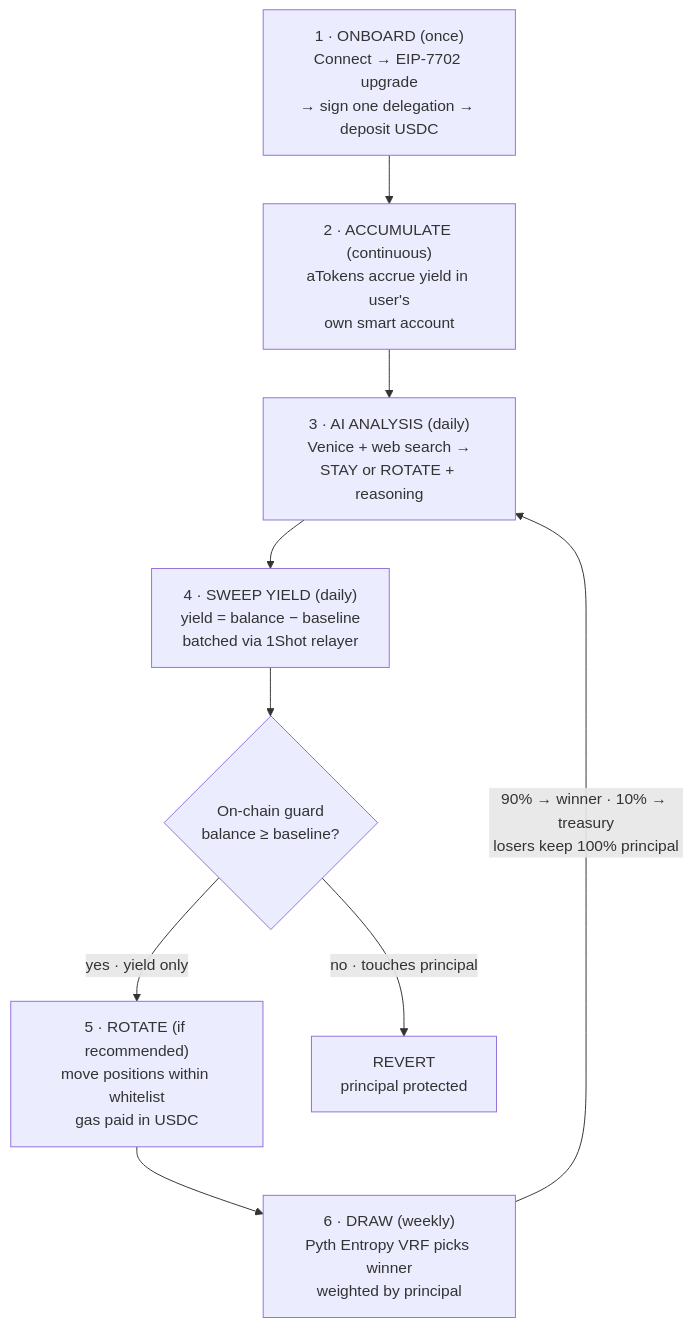
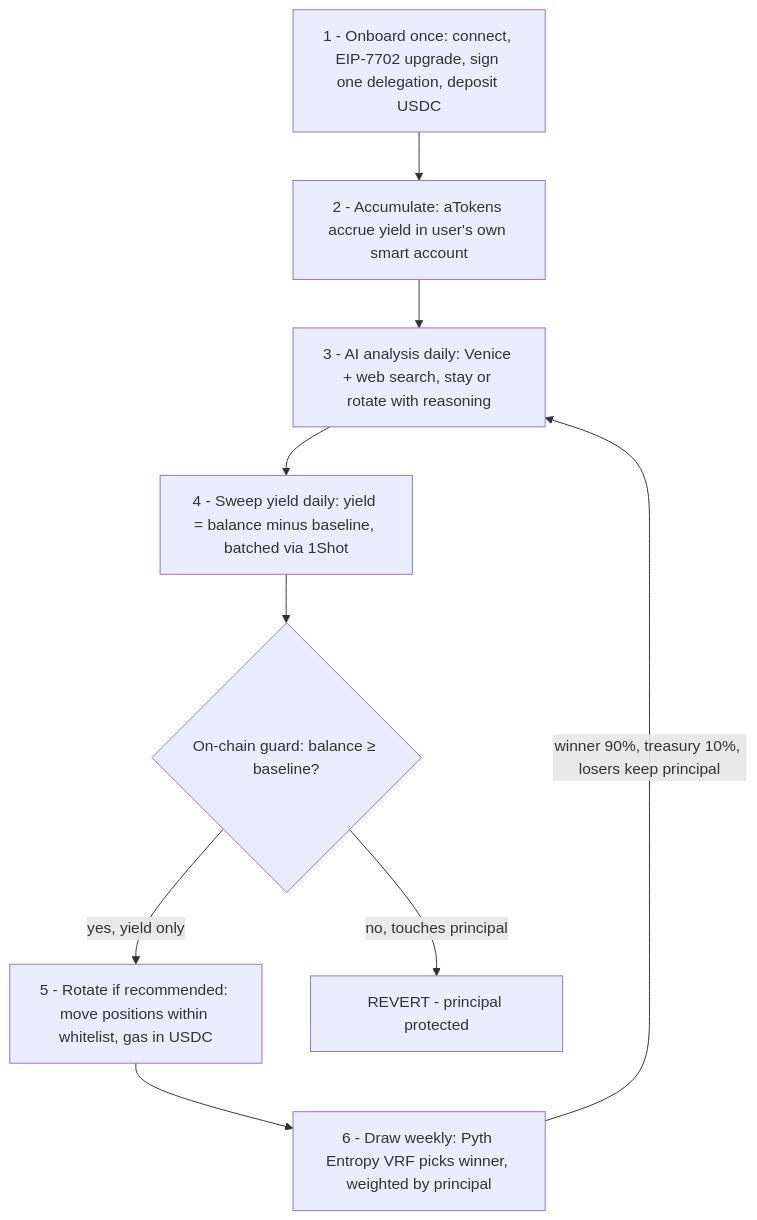
One commit to ClovaRepo/frontend changed the second of 2 diagrams in docs/overview.md. Above: the diagram before and after it, drawn with Mermaid. The commit also changed other lines of this file and 8 other files, not shown here.

First line of the commit message:
docs: harden mermaid for GitBook renderer

````diff
--- a/docs/overview.md
+++ b/docs/overview.md
@@ -168,17 +160,16 @@
 ```mermaid
 flowchart TD
-  O["1 · ONBOARD (once)<br/>Connect → EIP-7702 upgrade<br/>→ sign one delegation → deposit USDC"]
-  AC["2 · ACCUMULATE (continuous)<br/>aTokens accrue yield in user's<br/>own smart account"]
-  AI["3 · AI ANALYSIS (daily)<br/>Venice + web search →<br/>STAY or ROTATE + reasoning"]
-  SW["4 · SWEEP YIELD (daily)<br/>yield = balance − baseline<br/>batched via 1Shot relayer"]
-  RO["5 · ROTATE (if recommended)<br/>move positions within whitelist<br/>gas paid in USDC"]
-  DR["6 · DRAW (weekly)<br/>Pyth Entropy VRF picks winner<br/>weighted by principal"]
-  GUARD{"On-chain guard<br/>balance ≥ baseline?"}
-
-  O --> AC --> AI --> SW
-  SW --> GUARD
-  GUARD -->|"yes · yield only"| RO
-  GUARD -->|"no · touches principal"| REV["REVERT<br/>principal protected"]
+  O["1 - Onboard once: connect, EIP-7702 upgrade, sign one delegation, deposit USDC"]
+  AC["2 - Accumulate: aTokens accrue yield in user's own smart account"]
+  AI["3 - AI analysis daily: Venice + web search, stay or rotate with reasoning"]
+  SW["4 - Sweep yield daily: yield = balance minus baseline, batched via 1Shot"]
+  RO["5 - Rotate if recommended: move positions within whitelist, gas in USDC"]
+  DR["6 - Draw weekly: Pyth Entropy VRF picks winner, weighted by principal"]
+  GUARD{"On-chain guard: balance ≥ baseline?"}
+  REV["REVERT - principal protected"]
+  O --> AC --> AI --> SW --> GUARD
+  GUARD -->|"yes, yield only"| RO
+  GUARD -->|"no, touches principal"| REV
   RO --> DR
-  DR -->|"90% → winner · 10% → treasury<br/>losers keep 100% principal"| AI
+  DR -->|"winner 90%, treasury 10%, losers keep principal"| AI
 ```
````
